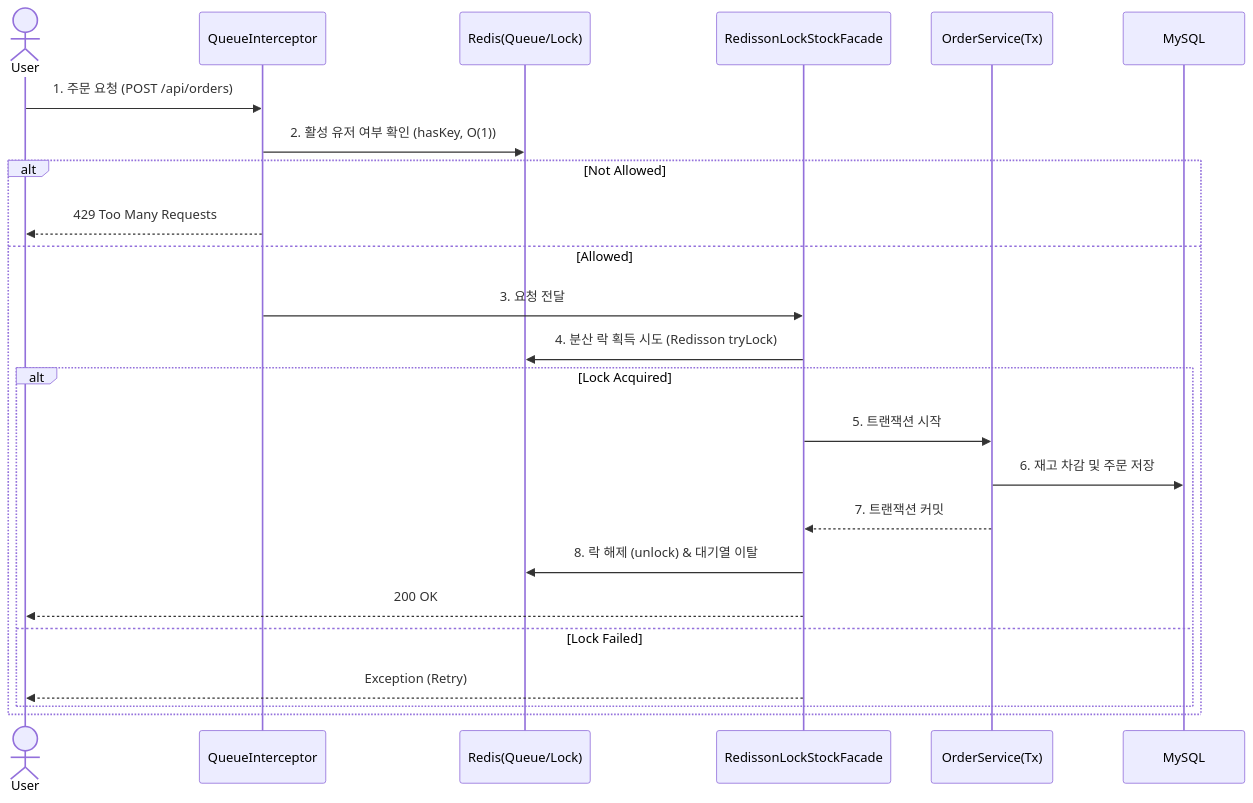
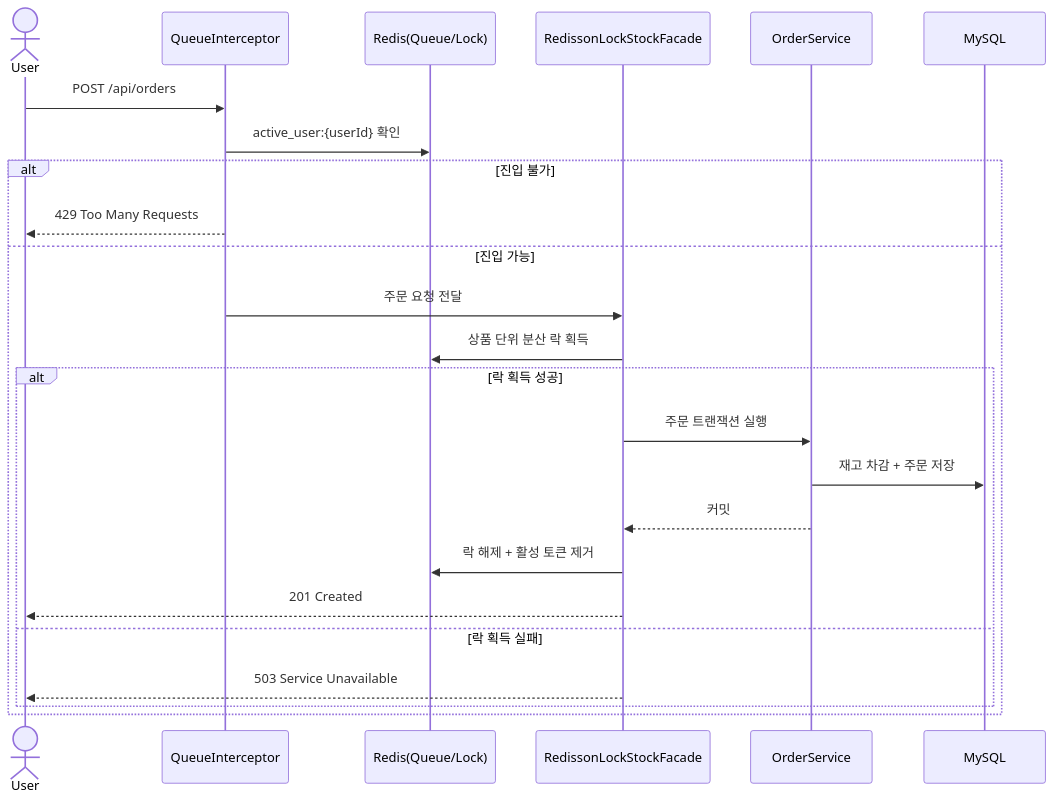
One commit to juhwanz/eshop-refac changed the diagram in README.md. Above: the diagram before and after it, drawn with Mermaid. The commit also changed other lines of this file and 8 other files, not shown here.

````diff
--- a/README.md
+++ b/README.md
@@ -90,27 +74,27 @@
 ```mermaid
 sequenceDiagram
     actor User
     participant Interceptor as QueueInterceptor
     participant Redis as Redis(Queue/Lock)
     participant Facade as RedissonLockStockFacade
-    participant Service as OrderService(Tx)
+    participant Service as OrderService
     participant DB as MySQL
 
-    User->>Interceptor: 1. 주문 요청 (POST /api/orders)
-    Interceptor->>Redis: 2. 활성 유저 여부 확인 (hasKey, O(1))
-    alt Not Allowed
+    User->>Interceptor: POST /api/orders
+    Interceptor->>Redis: active_user:{userId} 확인
+    alt 진입 불가
         Interceptor-->>User: 429 Too Many Requests
-    else Allowed
-        Interceptor->>Facade: 3. 요청 전달
-        Facade->>Redis: 4. 분산 락 획득 시도 (Redisson tryLock)
-        alt Lock Acquired
-            Facade->>Service: 5. 트랜잭션 시작
-            Service->>DB: 6. 재고 차감 및 주문 저장
-            Service-->>Facade: 7. 트랜잭션 커밋
-            Facade->>Redis: 8. 락 해제 (unlock) & 대기열 이탈
-            Facade-->>User: 200 OK
-        else Lock Failed
-            Facade-->>User: Exception (Retry)
+    else 진입 가능
+        Interceptor->>Facade: 주문 요청 전달
+        Facade->>Redis: 상품 단위 분산 락 획득
+        alt 락 획득 성공
+            Facade->>Service: 주문 트랜잭션 실행
+            Service->>DB: 재고 차감 + 주문 저장
+            Service-->>Facade: 커밋
+            Facade->>Redis: 락 해제 + 활성 토큰 제거
+            Facade-->>User: 201 Created
+        else 락 획득 실패
+            Facade-->>User: 503 Service Unavailable
         end
     end
 ```
````
